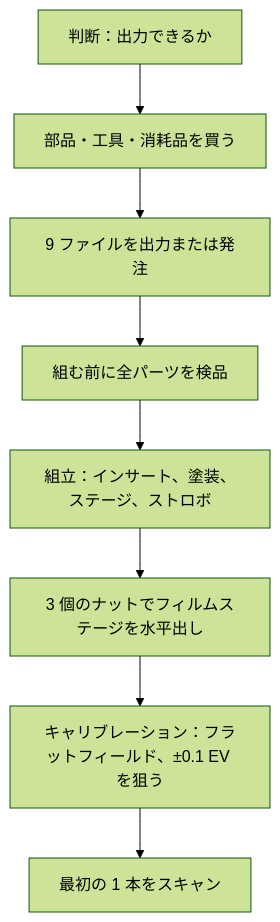
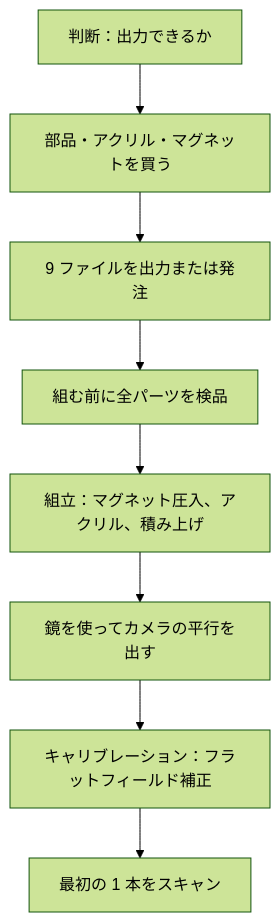
The diagram in docs/getting-started.ja.md (Neoanaloglab/Neobox), drawn with Mermaid (forest theme) before and after one commit. The commit also changed other lines of this file and 30 other files, not shown here.

````diff
--- a/docs/getting-started.ja.md
+++ b/docs/getting-started.ja.md
@@ -97,10 +99,10 @@
 ```mermaid
 flowchart TD
-    A[判断：出力できるか] --> B[部品・工具・消耗品を買う]
+    A[判断：出力できるか] --> B[部品・アクリル・マグネットを買う]
     B --> C[9 ファイルを出力または発注]
     C --> D[組む前に全パーツを検品]
-    D --> E[組立：インサート、塗装、ステージ、ストロボ]
-    E --> F[3 個のナットでフィルムステージを水平出し]
-    F --> G[キャリブレーション：フラットフィールド、±0.1 EV を狙う]
+    D --> E[組立：マグネット圧入、アクリル、積み上げ]
+    E --> F[鏡を使ってカメラの平行を出す]
+    F --> G[キャリブレーション：フラットフィールド補正]
     G --> H[最初の 1 本をスキャン]
 ```
````
